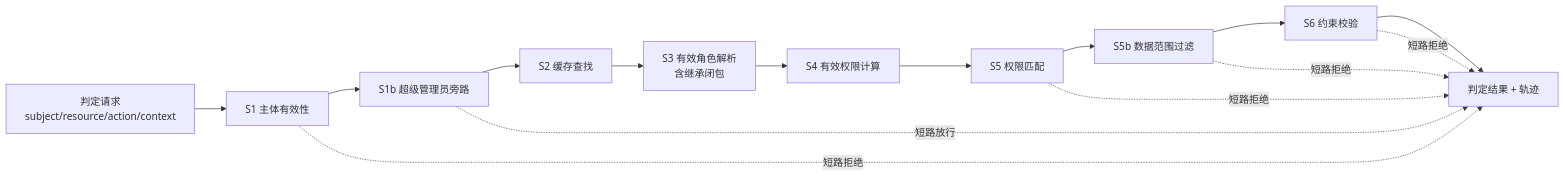
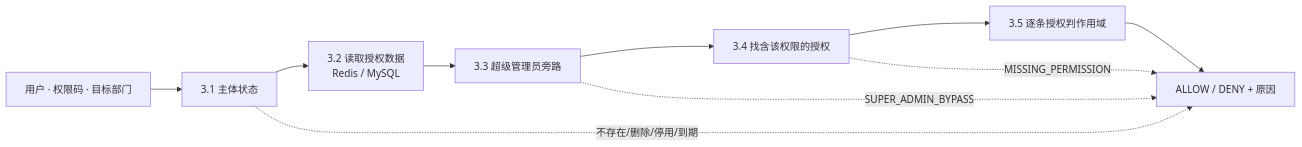
One commit to vintcessun/OOAD changed the third of 4 diagrams in docs/02-architecture.md. Above: the diagram before and after it, drawn with Mermaid. The commit also changed other lines of this file and 17 other files, not shown here.

````diff
--- a/docs/02-architecture.md
+++ b/docs/02-architecture.md
@@ -264,17 +210,12 @@
 ```mermaid
 flowchart LR
-    IN[判定请求<br/>subject/resource/action/context] --> S1[S1 主体有效性]
-    S1 --> S1b[S1b 超级管理员旁路]
-    S1b --> S2[S2 缓存查找]
-    S2 --> S3[S3 有效角色解析<br/>含继承闭包]
-    S3 --> S4[S4 有效权限计算]
-    S4 --> S5[S5 权限匹配]
-    S5 --> S5b[S5b 数据范围过滤]
-    S5b --> S6[S6 约束校验]
-    S6 --> OUT[判定结果 + 轨迹]
-    S1 -.短路拒绝.-> OUT
-    S1b -.短路放行.-> OUT
-    S5 -.短路拒绝.-> OUT
-    S5b -.短路拒绝.-> OUT
-    S6 -.短路拒绝.-> OUT
+    IN[用户 · 权限码 · 目标部门] --> S1[3.1 主体状态]
+    S1 --> S2[3.2 读取授权数据<br/>Redis / MySQL]
+    S2 --> S3[3.3 超级管理员旁路]
+    S3 --> S4[3.4 找含该权限的授权]
+    S4 --> S5[3.5 逐条授权判作用域]
+    S5 --> OUT[ALLOW / DENY + 原因]
+    S1 -.不存在/删除/停用/到期.-> OUT
+    S3 -.SUPER_ADMIN_BYPASS.-> OUT
+    S4 -.MISSING_PERMISSION.-> OUT
 ```
````
